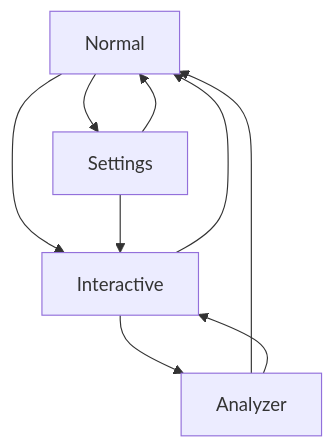
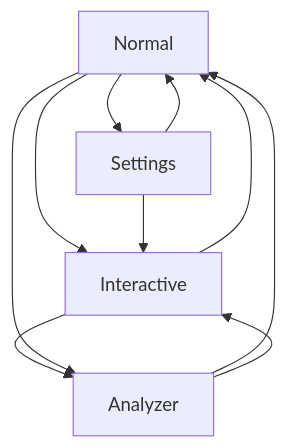
Before and after one commit to rincewound/klemme: the diagram in readme.md, drawn with Mermaid. The commit also changed other lines of this file, not shown here.

````diff
--- a/readme.md
+++ b/readme.md
@@ -17,11 +18,12 @@
 ```mermaid
 flowchart
 Normal --> Settings
 Settings --> Normal
 Normal --> Interactive
 Interactive --> Normal
 Interactive --> Analyzer
 Analyzer --> Normal
 Analyzer --> Interactive
 Settings --> Interactive
+Normal --> Analyzer
 ```
````
